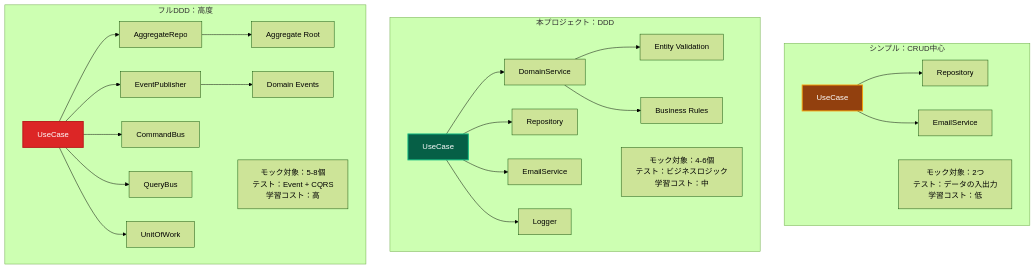
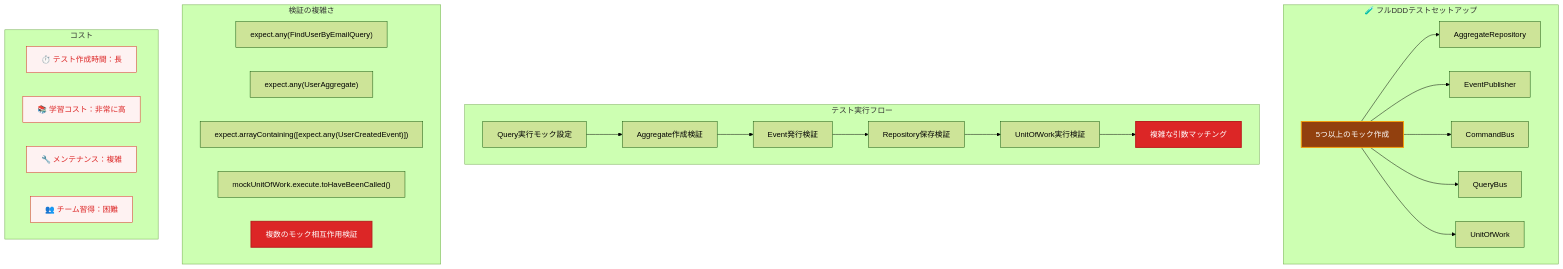
One commit to derushio/d-next-ddd-example changed the seventh of 13 diagrams in _DOCS/guides/ddd/concepts/architecture-comparison.md. Above: the diagram before and after it, drawn with Mermaid (forest theme). The commit also changed other lines of this file and 157 other files, not shown here.

````diff
--- a/_DOCS/guides/ddd/concepts/architecture-comparison.md
+++ b/_DOCS/guides/ddd/concepts/architecture-comparison.md
@@ -438,36 +361,41 @@
 ```mermaid
-graph TD
-    subgraph "シンプル：CRUD中心"
-        A1[UseCase] --> B1[Repository]
-        A1 --> C1[EmailService]
-        
-        note1[モック対象：2つ<br/>テスト：データの入出力<br/>学習コスト：低]
+graph TB
+    subgraph "🧪 フルDDDテストセットアップ"
+        A[5つ以上のモック作成] --> B[AggregateRepository]
+        A --> C[EventPublisher]
+        A --> D[CommandBus]
+        A --> E[QueryBus]
+        A --> F[UnitOfWork]
     end
     
-    subgraph "本プロジェクト：DDD"
-        A2[UseCase] --> B2[DomainService]
-        A2 --> C2[Repository]
-        A2 --> D2[EmailService]
-        A2 --> E2[Logger]
-        B2 --> F2[Entity Validation]
-        B2 --> G2[Business Rules]
-        
-        note2[モック対象：4-6個<br/>テスト：ビジネスロジック<br/>学習コスト：中]
+    subgraph "テスト実行フロー"
+        G[Query実行モック設定] --> H[Aggregate作成検証]
+        H --> I[Event発行検証]
+        I --> J[Repository保存検証]
+        J --> K[UnitOfWork実行検証]
+        K --> L[複雑な引数マッチング]
     end
     
-    subgraph "フルDDD：高度"
-        A3[UseCase] --> B3[AggregateRepo]
-        A3 --> C3[EventPublisher]
-        A3 --> D3[CommandBus]
-        A3 --> E3[QueryBus]
-        A3 --> F3[UnitOfWork]
-        B3 --> G3[Aggregate Root]
-        C3 --> H3[Domain Events]
-        
-        note3[モック対象：5-8個<br/>テスト：Event + CQRS<br/>学習コスト：高]
+    subgraph "検証の複雑さ"
+        M["expect.any(FindUserByEmailQuery)"]
+        N["expect.any(UserAggregate)"]
+        O["expect.arrayContaining([expect.any(UserCreatedEvent)])"]
+        P["mockUnitOfWork.execute.toHaveBeenCalled()"]
+        Q[複数のモック相互作用検証]
     end
     
-    style A1 fill:#92400e,stroke:#f59e0b,stroke-width:2px,color:#ffffff fill:#92400e,stroke:#f59e0b,stroke-width:2px,color:#ffffff
-    style A2 fill:#065f46,stroke:#10b981,stroke-width:2px,color:#ffffff fill:#065f46,stroke:#10b981,stroke-width:2px,color:#ffffff
-    style A3 fill:#dc2626,stroke:#b91c1c,stroke-width:2px,color:#ffffff fill:#dc2626,stroke:#b91c1c,stroke-width:2px,color:#ffffff
+    subgraph "コスト"
+        R[⏱️ テスト作成時間：長]
+        S[📚 学習コスト：非常に高]
+        T[🔧 メンテナンス：複雑]
+        U[👥 チーム習得：困難]
+    end
+    
+    style A fill:#92400e,stroke:#f59e0b,stroke-width:2px,color:#ffffff
+    style L fill:#dc2626,stroke:#b91c1c,stroke-width:2px,color:#ffffff
+    style Q fill:#dc2626,stroke:#b91c1c,stroke-width:2px,color:#ffffff
+    style R fill:#fef2f2,stroke:#dc2626,stroke-width:1px,color:#dc2626
+    style S fill:#fef2f2,stroke:#dc2626,stroke-width:1px,color:#dc2626
+    style T fill:#fef2f2,stroke:#dc2626,stroke-width:1px,color:#dc2626
+    style U fill:#fef2f2,stroke:#dc2626,stroke-width:1px,color:#dc2626
 ```
````
